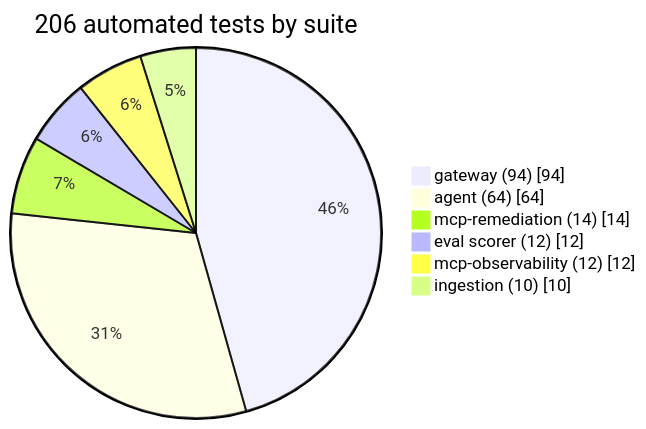
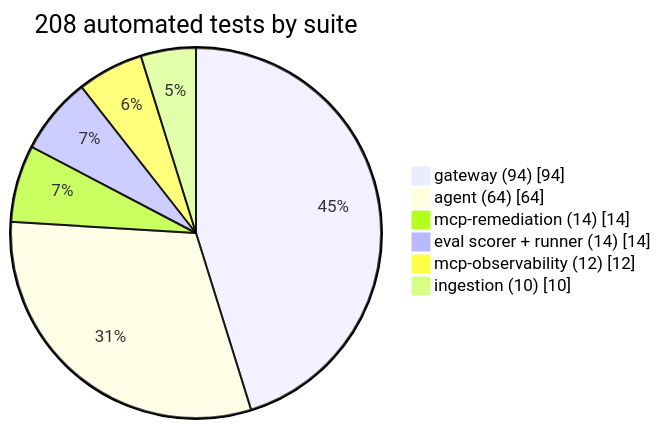
Before and after one commit to abdulmdev/sentinel-incident-copilot: the diagram in docs/handbook/diagrams/14-chart-tests-by-suite.mmd, drawn with Mermaid. The commit also changed 14 other files, not shown here.

```diff
--- a/docs/handbook/diagrams/14-chart-tests-by-suite.mmd
+++ b/docs/handbook/diagrams/14-chart-tests-by-suite.mmd
@@ -1,8 +1,8 @@
 pie showData
-  title 206 automated tests by suite
+  title 208 automated tests by suite
   "gateway (94)" : 94
   "agent (64)" : 64
   "mcp-remediation (14)" : 14
-  "eval scorer (12)" : 12
+  "eval scorer + runner (14)" : 14
   "mcp-observability (12)" : 12
   "ingestion (10)" : 10
```
